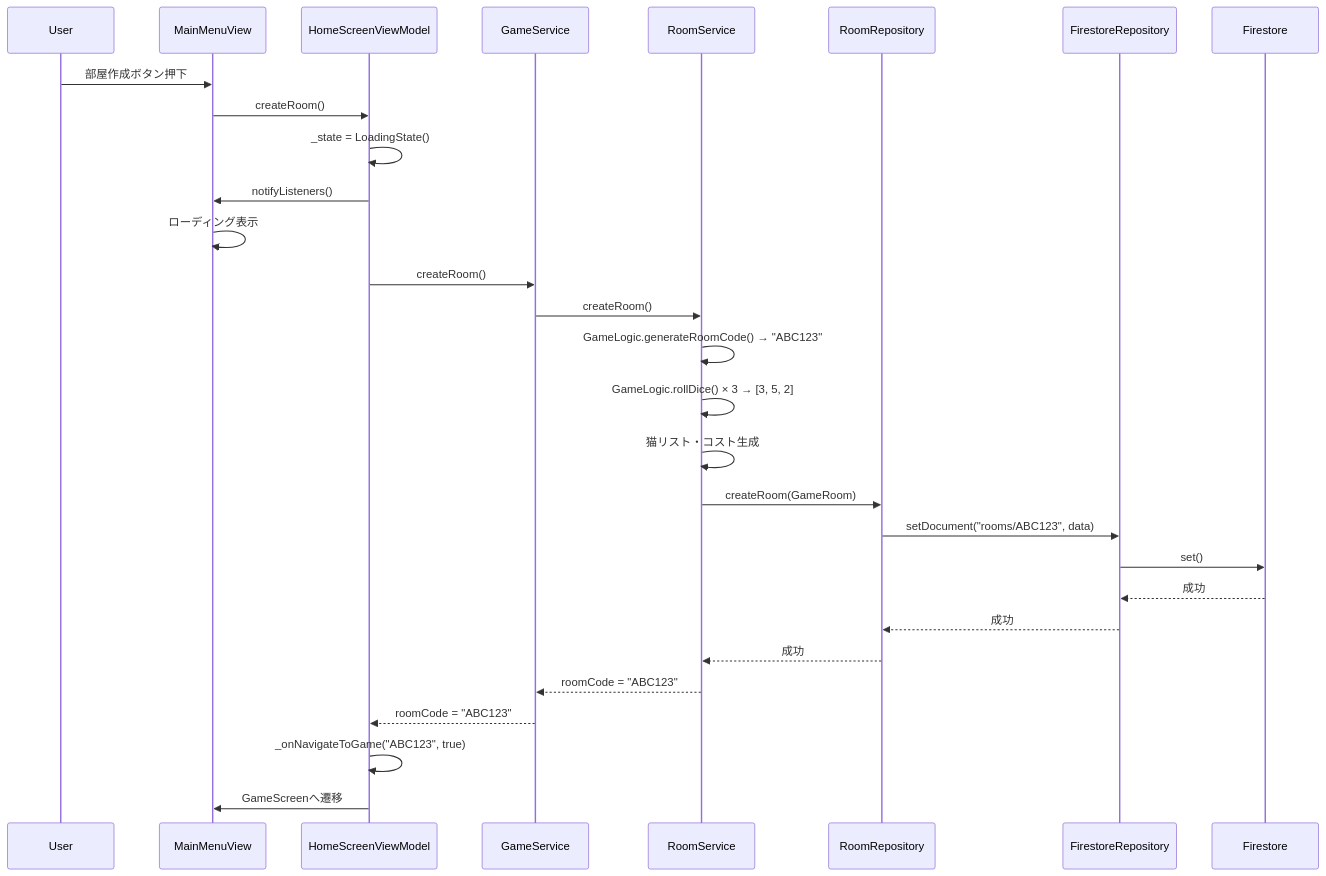
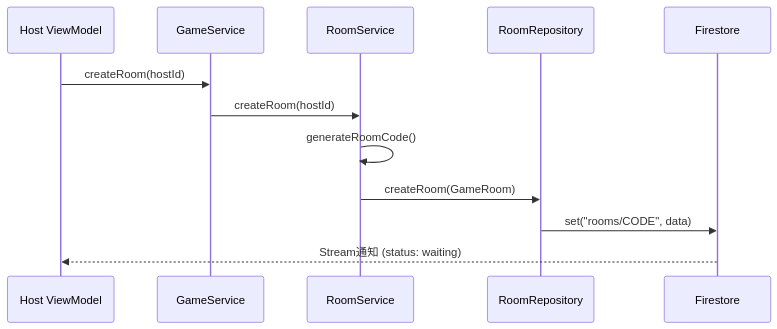
Before and after one commit to YotaMomose/battle_for_the_cats: the first of 6 diagrams in docs/architecture/05_data_flow.md, drawn with Mermaid. The commit also changed other lines of this file and 5 other files, not shown here.

````diff
--- a/docs/architecture/05_data_flow.md
+++ b/docs/architecture/05_data_flow.md
@@ -11,37 +12,15 @@
 ```mermaid
 sequenceDiagram
-    participant U as User
-    participant V as MainMenuView
-    participant VM as HomeScreenViewModel
+    participant H as Host ViewModel
     participant GS as GameService
     participant RS as RoomService
     participant RR as RoomRepository
-    participant FR as FirestoreRepository
     participant FS as Firestore
     
-    U->>V: 部屋作成ボタン押下
-    V->>VM: createRoom()
-    VM->>VM: _state = LoadingState()
-    VM->>V: notifyListeners()
-    V->>V: ローディング表示
-    
-    VM->>GS: createRoom()
-    GS->>RS: createRoom()
-    
-    RS->>RS: GameLogic.generateRoomCode() → "ABC123"
-    RS->>RS: GameLogic.rollDice() × 3 → [3, 5, 2]
-    RS->>RS: 猫リスト・コスト生成
-    
+    H->>GS: createRoom(hostId)
+    GS->>RS: createRoom(hostId)
+    RS->>RS: generateRoomCode()
     RS->>RR: createRoom(GameRoom)
-    RR->>FR: setDocument("rooms/ABC123", data)
-    FR->>FS: set()
-    
-    FS-->>FR: 成功
-    FR-->>RR: 成功
-    RR-->>RS: 成功
-    RS-->>GS: roomCode = "ABC123"
-    GS-->>VM: roomCode = "ABC123"
-    
-    VM->>VM: _onNavigateToGame("ABC123", true)
-    VM->>V: GameScreenへ遷移
+    RR->>FS: set("rooms/CODE", data)
+    FS-->>H: Stream通知 (status: waiting)
 ```
````
